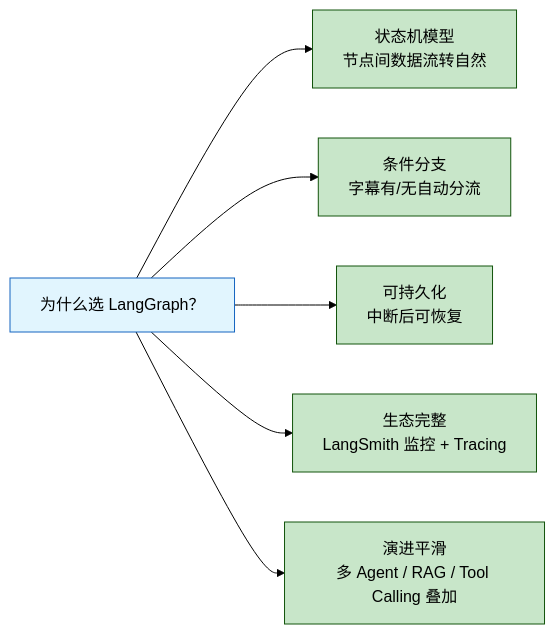
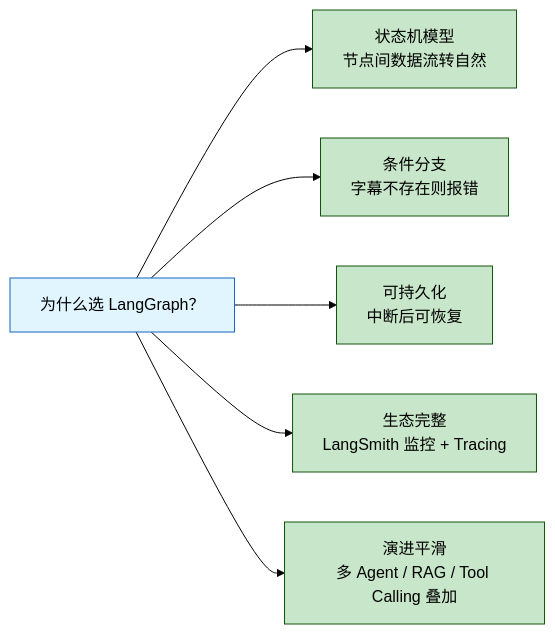
One commit to liaowo6508-glitch/Video_TO_Blog changed the third of 6 diagrams in AI_talking_about.md. Above: the diagram before and after it, drawn with Mermaid (forest theme). The commit also changed other lines of this file and 17 other files, not shown here.

````diff
--- a/AI_talking_about.md
+++ b/AI_talking_about.md
@@ -141,15 +136,15 @@
 ```mermaid
 flowchart LR
     A["为什么选 LangGraph？"] --> B["状态机模型<br/>节点间数据流转自然"]
-    A --> C["条件分支<br/>字幕有/无自动分流"]
+    A --> C["条件分支<br/>字幕不存在则报错"]
     A --> D["可持久化<br/>中断后可恢复"]
     A --> E["生态完整<br/>LangSmith 监控 + Tracing"]
     A --> F["演进平滑<br/>多 Agent / RAG / Tool Calling 叠加"]
 
     style A fill:#e1f5fe,stroke:#1565c0
     style B fill:#c8e6c9
     style C fill:#c8e6c9
     style D fill:#c8e6c9
     style E fill:#c8e6c9
     style F fill:#c8e6c9
 ```
````
